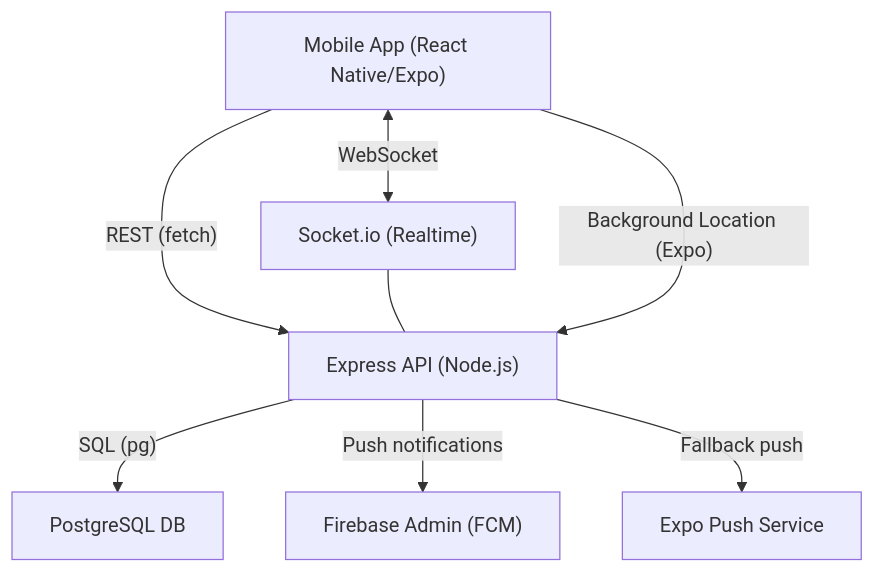
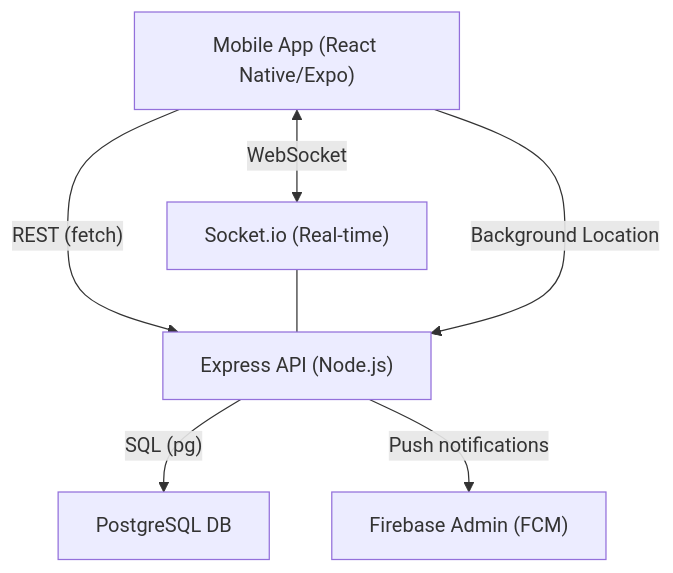
Before and after one commit to Venkateshshanigarapu/future-soldier-app: the diagram in README.md, drawn with Mermaid. The commit also changed other lines of this file, not shown here.

````diff
--- a/README.md
+++ b/README.md
@@ -17,17 +40,15 @@
 ```mermaid
 graph TD
   A["Mobile App (React Native/Expo)"]
   B["Express API (Node.js)"]
   C["PostgreSQL DB"]
-  D["Socket.io (Realtime)"]
+  D["Socket.io (Real-time)"]
   E["Firebase Admin (FCM)"]
-  F["Expo Push Service"]
 
   A -- "REST (fetch)" --> B
   A <-- "WebSocket" --> D
   D --- B
   B -- "SQL (pg)" --> C
   B -- "Push notifications" --> E
-  B -- "Fallback push" --> F
-  A -- "Background Location (Expo)" --> B
+  A -- "Background Location" --> B
 ```
````
